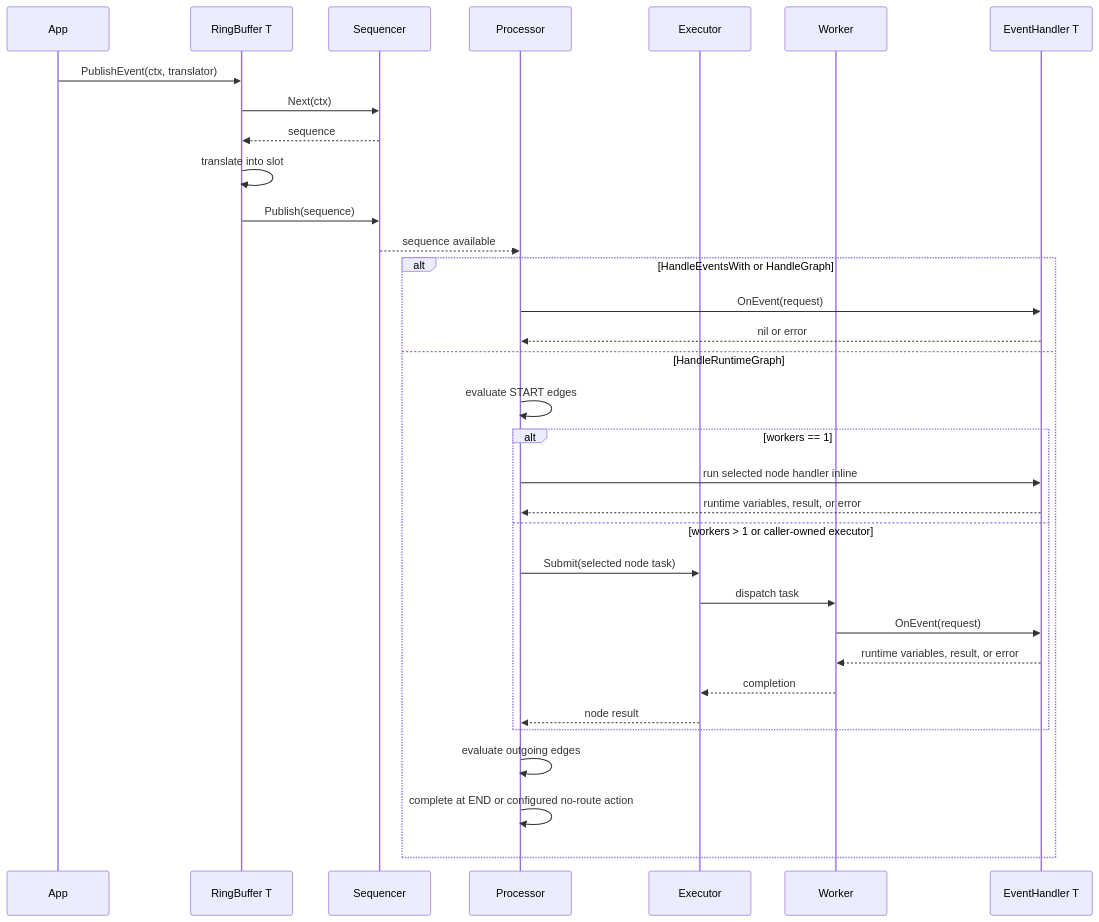
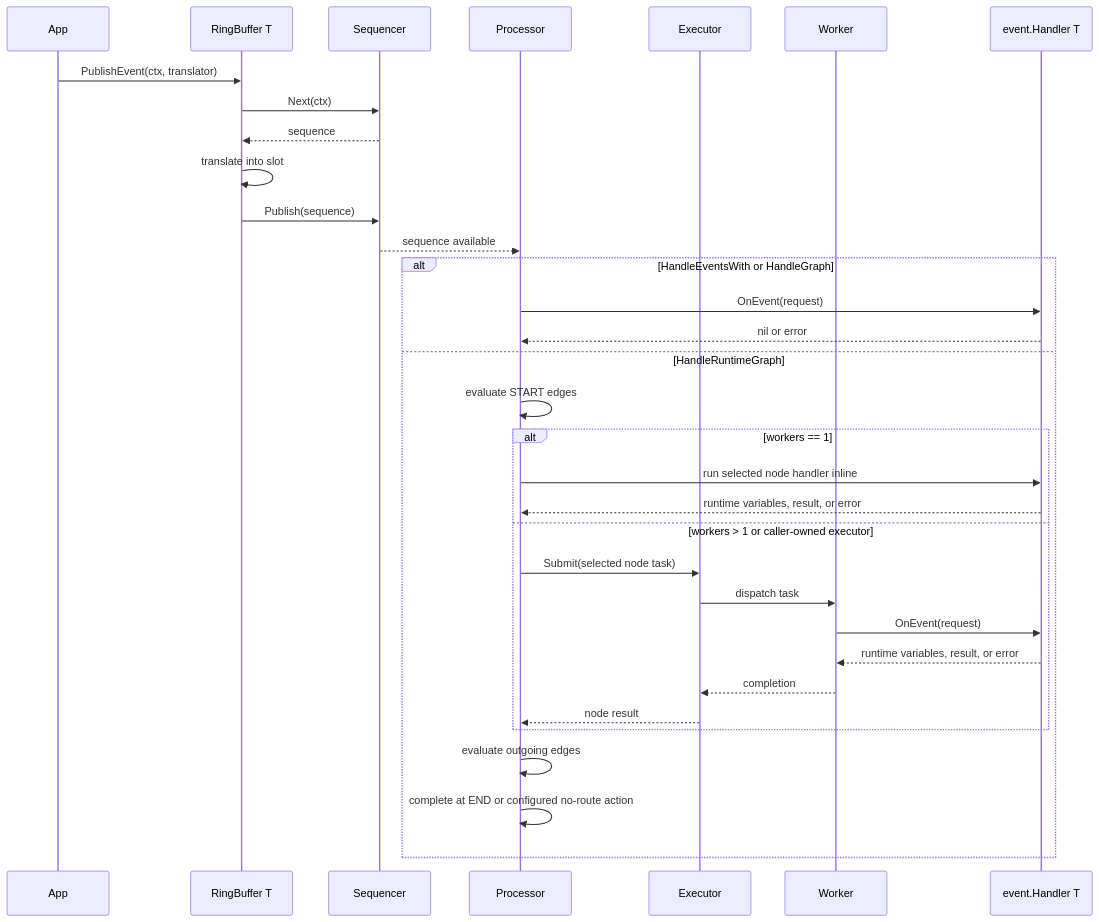
One commit to photowey/disruptor.go changed the second of 5 diagrams in README.md. Above: the diagram before and after it, drawn with Mermaid. The commit also changed other lines of this file and 85 other files, not shown here.

````diff
--- a/README.md
+++ b/README.md
@@ -229,36 +241,36 @@
 ```mermaid
 sequenceDiagram
     participant App
     participant RB as RingBuffer T
     participant Seq as Sequencer
     participant Proc as Processor
     participant Exec as Executor
     participant W as Worker
-    participant H as EventHandler T
+    participant H as event.Handler T
 
     App->>RB: PublishEvent(ctx, translator)
     RB->>Seq: Next(ctx)
     Seq-->>RB: sequence
     RB->>RB: translate into slot
     RB->>Seq: Publish(sequence)
     Seq-->>Proc: sequence available
     alt HandleEventsWith or HandleGraph
         Proc->>H: OnEvent(request)
         H-->>Proc: nil or error
     else HandleRuntimeGraph
         Proc->>Proc: evaluate START edges
         alt workers == 1
             Proc->>H: run selected node handler inline
             H-->>Proc: runtime variables, result, or error
         else workers > 1 or caller-owned executor
             Proc->>Exec: Submit(selected node task)
             Exec->>W: dispatch task
             W->>H: OnEvent(request)
             H-->>W: runtime variables, result, or error
             W-->>Exec: completion
             Exec-->>Proc: node result
         end
         Proc->>Proc: evaluate outgoing edges
         Proc->>Proc: complete at END or configured no-route action
     end
 ```
````
